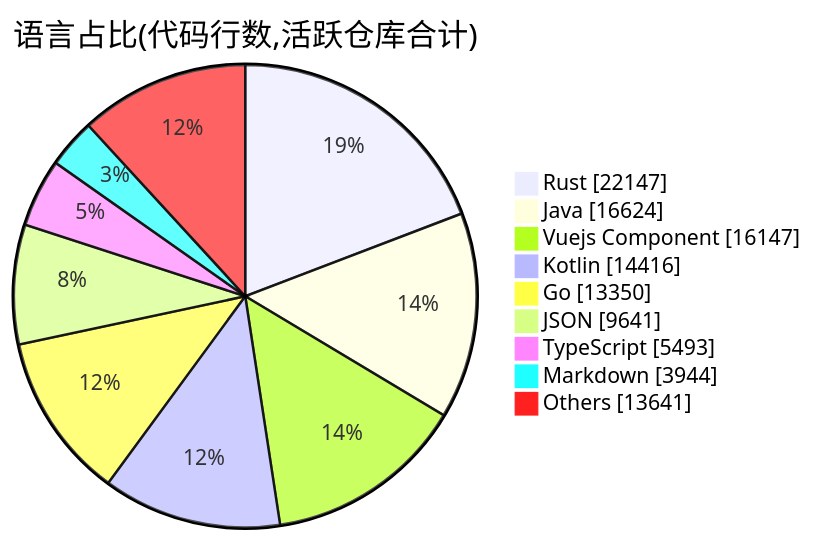
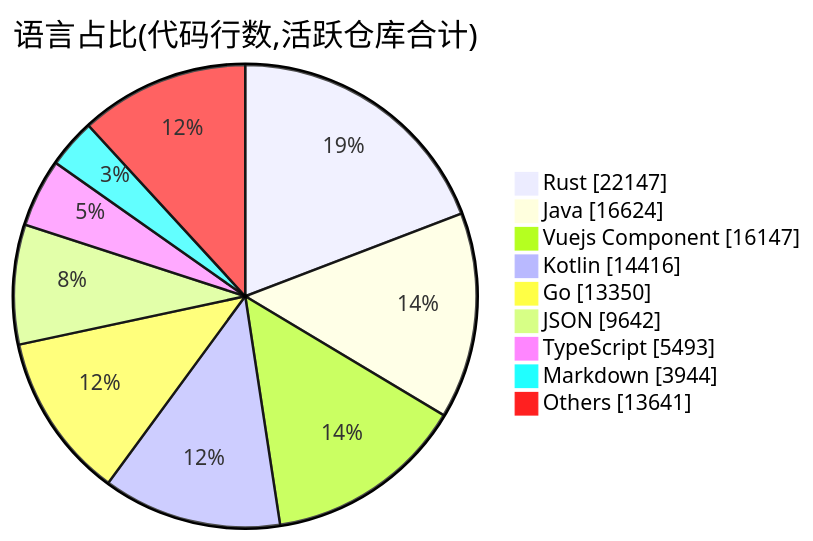
One commit to Conflux-Union/.github changed the second of 2 diagrams in profile/README.md. Above: the diagram before and after it, drawn with Mermaid. The commit also changed other lines of this file and 1 other file, not shown here.

````diff
--- a/profile/README.md
+++ b/profile/README.md
@@ -76,13 +75,13 @@
 ```mermaid
 pie showData
     title 语言占比(代码行数,活跃仓库合计)
     "Rust" : 22147
     "Java" : 16624
     "Vuejs Component" : 16147
     "Kotlin" : 14416
     "Go" : 13350
-    "JSON" : 9641
+    "JSON" : 9642
     "TypeScript" : 5493
     "Markdown" : 3944
     "Others" : 13641
 ```
````
